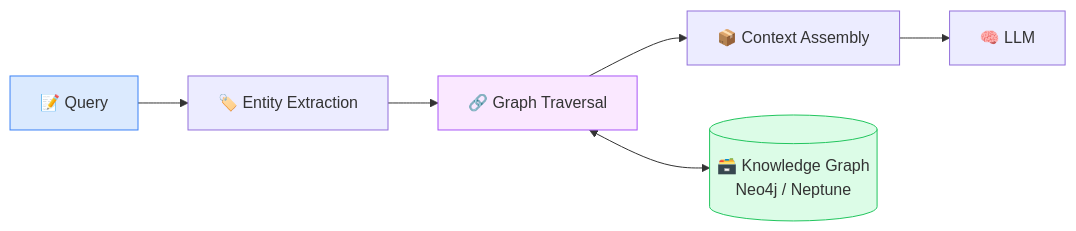
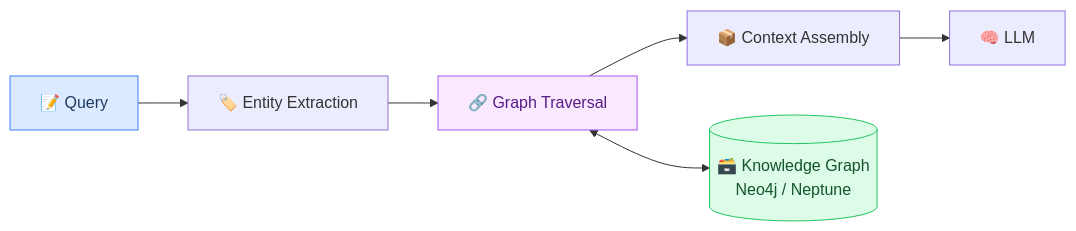
Before and after one commit to asq-sheriff/AI-Production-Checklist: the sixth of 18 diagrams in docs/TECHNOLOGY-SELECTION-GUIDE.md, drawn with Mermaid. The commit also changed other lines of this file and 8 other files, not shown here.

First line of the commit message:
Fix text contrast in all Mermaid diagrams

````diff
--- a/docs/TECHNOLOGY-SELECTION-GUIDE.md
+++ b/docs/TECHNOLOGY-SELECTION-GUIDE.md
@@ -240,13 +240,13 @@
 ```mermaid
 flowchart LR
     Query[📝 Query] --> EntityExt[🏷️ Entity Extraction]
     EntityExt --> GraphTrav[🔗 Graph Traversal]
     GraphTrav --> ContextAsm[📦 Context Assembly]
     ContextAsm --> LLM[🧠 LLM]
 
     GraphTrav <--> KG[(🗃️ Knowledge Graph<br/>Neo4j / Neptune)]
 
-    style Query fill:#dbeafe,stroke:#3b82f6
-    style KG fill:#dcfce7,stroke:#22c55e
-    style GraphTrav fill:#fae8ff,stroke:#a855f7
+    style Query fill:#dbeafe,stroke:#3b82f6,color:#1e3a5f
+    style KG fill:#dcfce7,stroke:#22c55e,color:#14532d
+    style GraphTrav fill:#fae8ff,stroke:#a855f7,color:#581c87
 ```
````
